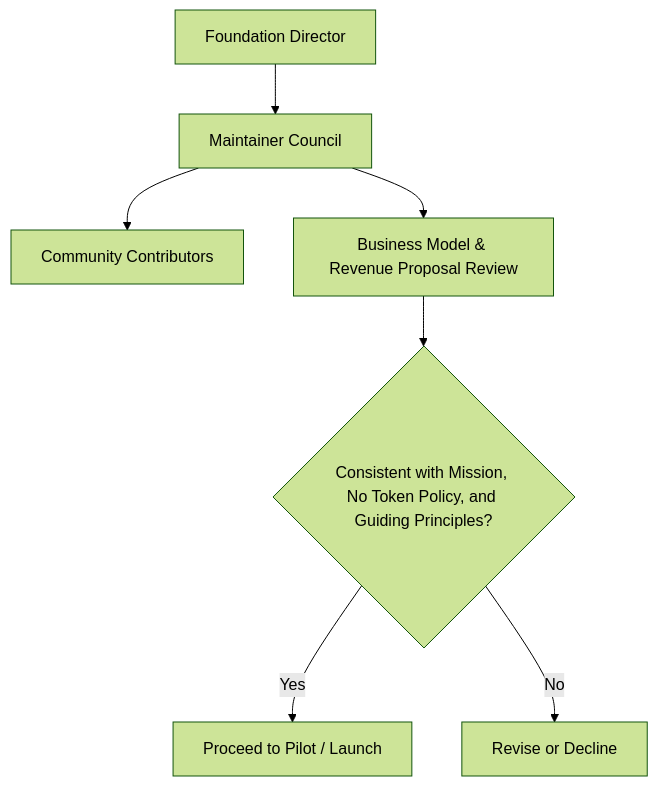
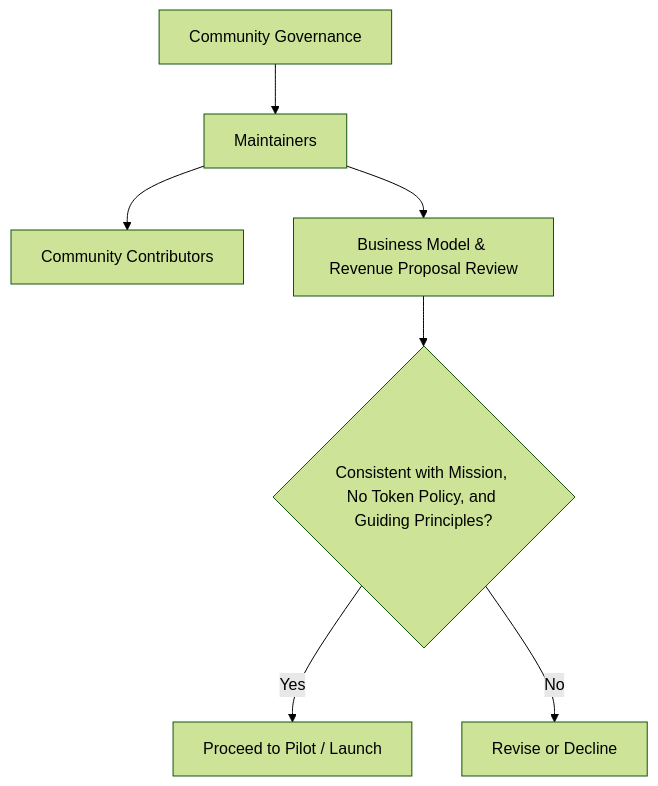
The seventh of 7 diagrams in BUSINESS.md (Celo-HaiTi/.github), drawn with Mermaid (forest theme) before and after one commit. The commit also changed other lines of this file and 11 other files, not shown here.

````diff
--- a/BUSINESS.md
+++ b/BUSINESS.md
@@ -598,9 +598,9 @@
 ```mermaid
 flowchart TD
-    FD[Foundation Director] --> MC[Maintainer Council]
-    MC --> CC[Community Contributors]
-    MC --> BizReview[Business Model & Revenue Proposal Review]
+    G[Community Governance] --> M[Maintainers]
+    M --> CC[Community Contributors]
+    M --> BizReview[Business Model & Revenue Proposal Review]
     BizReview --> MissionCheck{Consistent with Mission, No Token Policy, and Guiding Principles?}
     MissionCheck -- Yes --> Approved[Proceed to Pilot / Launch]
     MissionCheck -- No --> Rejected[Revise or Decline]
 ```
````
